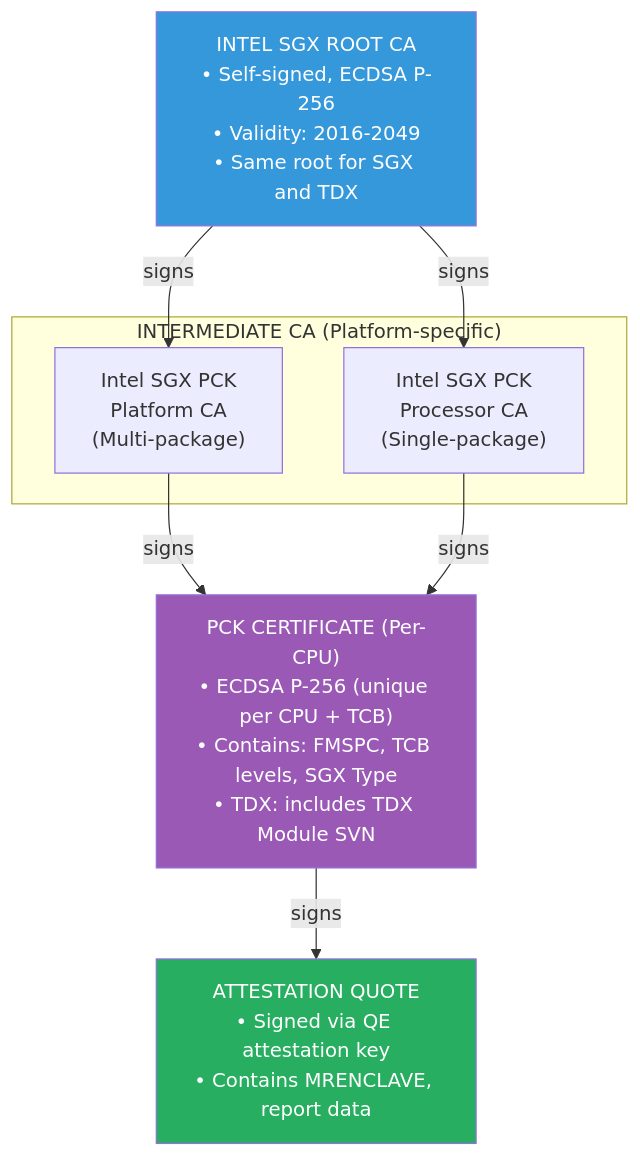
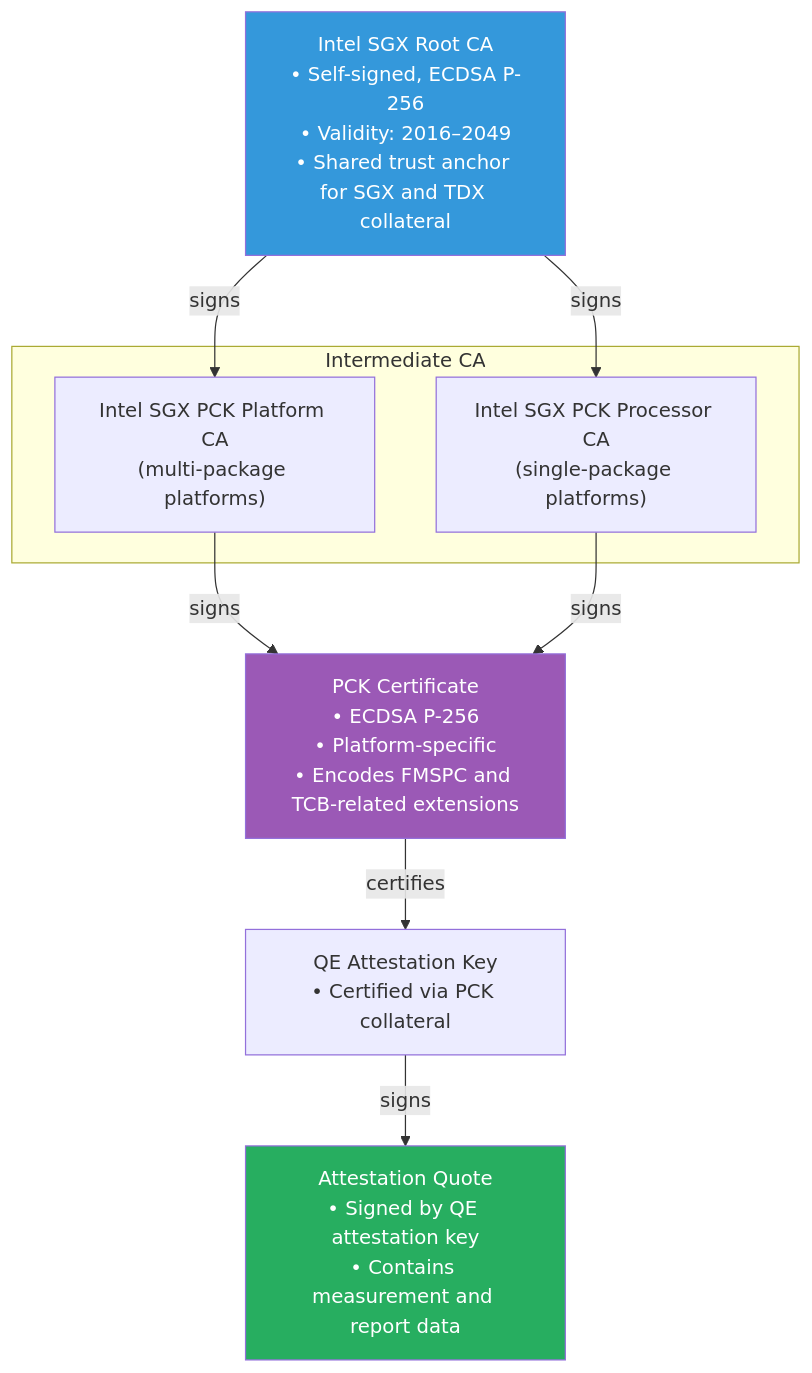
Before and after one commit to V-k-h/roots-of-trust: the first of 8 diagrams in posts/03-intel-dcap-certificate-hierarchy.md, drawn with Mermaid. The commit also changed other lines of this file, not shown here.

Commit message:
Enhance clarity and links in DCAP certificate hierarchy post

````diff
--- a/posts/03-intel-dcap-certificate-hierarchy.md
+++ b/posts/03-intel-dcap-certificate-hierarchy.md
@@ -52,23 +55,26 @@
 ```mermaid
 flowchart TD
-    Root["INTEL SGX ROOT CA\n• Self-signed, ECDSA P-256\n• Validity: 2016-2049\n• Same root for SGX and TDX"]
+    Root["Intel SGX Root CA<br>• Self-signed, ECDSA P-256<br>• Validity: 2016–2049<br>• Shared trust anchor for SGX and TDX collateral"]
     
-    subgraph Intermediate["INTERMEDIATE CA (Platform-specific)"]
-        PlatformCA["Intel SGX PCK\nPlatform CA\n(Multi-package)"]
-        ProcessorCA["Intel SGX PCK\nProcessor CA\n(Single-package)"]
+    subgraph Intermediate["Intermediate CA"]
+        PlatformCA["Intel SGX PCK Platform CA<br>(multi-package platforms)"]
+        ProcessorCA["Intel SGX PCK Processor CA<br>(single-package platforms)"]
     end
     
-    PCK["PCK CERTIFICATE (Per-CPU)\n• ECDSA P-256 (unique per CPU + TCB)\n• Contains: FMSPC, TCB levels, SGX Type\n• TDX: includes TDX Module SVN"]
+    PCK["PCK Certificate<br>• ECDSA P-256<br>• Platform-specific<br>• Encodes FMSPC and TCB-related extensions"]
     
-    Quote["ATTESTATION QUOTE\n• Signed via QE attestation key\n• Contains MRENCLAVE, report data"]
+    AK["QE Attestation Key<br>• Certified via PCK collateral"]
+    
+    Quote["Attestation Quote<br>• Signed by QE attestation key<br>• Contains measurement and report data"]
     
     Root -->|signs| PlatformCA
     Root -->|signs| ProcessorCA
     PlatformCA -->|signs| PCK
     ProcessorCA -->|signs| PCK
-    PCK -->|signs| Quote
+    PCK -->|certifies| AK
+    AK -->|signs| Quote
     
     style Root fill:#3498db,color:#fff
     style PCK fill:#9b59b6,color:#fff
     style Quote fill:#27ae60,color:#fff
 ```
````
